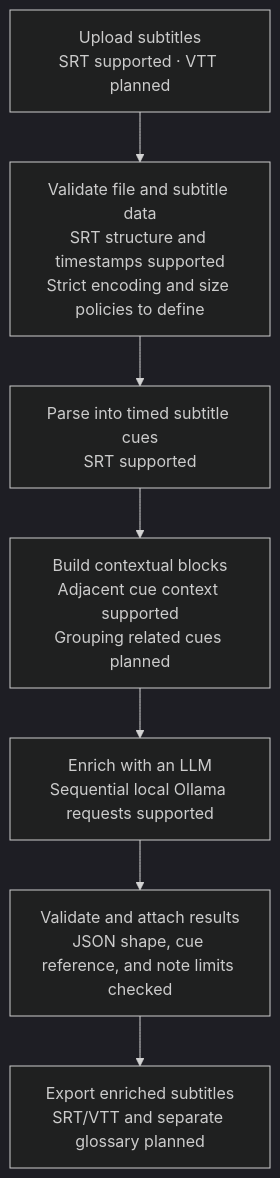
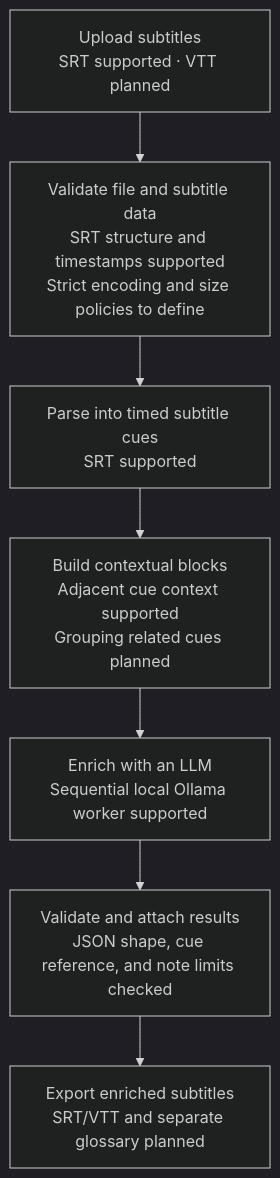
Before and after one commit to TohidHeshmati/subinjector: the diagram in README.md, drawn with Mermaid (dark theme). The commit also changed other lines of this file and 19 other files, not shown here.

````diff
--- a/README.md
+++ b/README.md
@@ -13,12 +13,12 @@
 ```mermaid
 flowchart TD
     A["Upload subtitles<br/>SRT supported · VTT planned"]
     B["Validate file and subtitle data<br/>SRT structure and timestamps supported<br/>Strict encoding and size policies to define"]
     C["Parse into timed subtitle cues<br/>SRT supported"]
     D["Build contextual blocks<br/>Adjacent cue context supported<br/>Grouping related cues planned"]
-    E["Enrich with an LLM<br/>Sequential local Ollama requests supported"]
+    E["Enrich with an LLM<br/>Sequential local Ollama worker supported"]
     F["Validate and attach results<br/>JSON shape, cue reference, and note limits checked"]
     G["Export enriched subtitles<br/>SRT/VTT and separate glossary planned"]
 
     A --> B --> C --> D --> E --> F --> G
 ```
````
